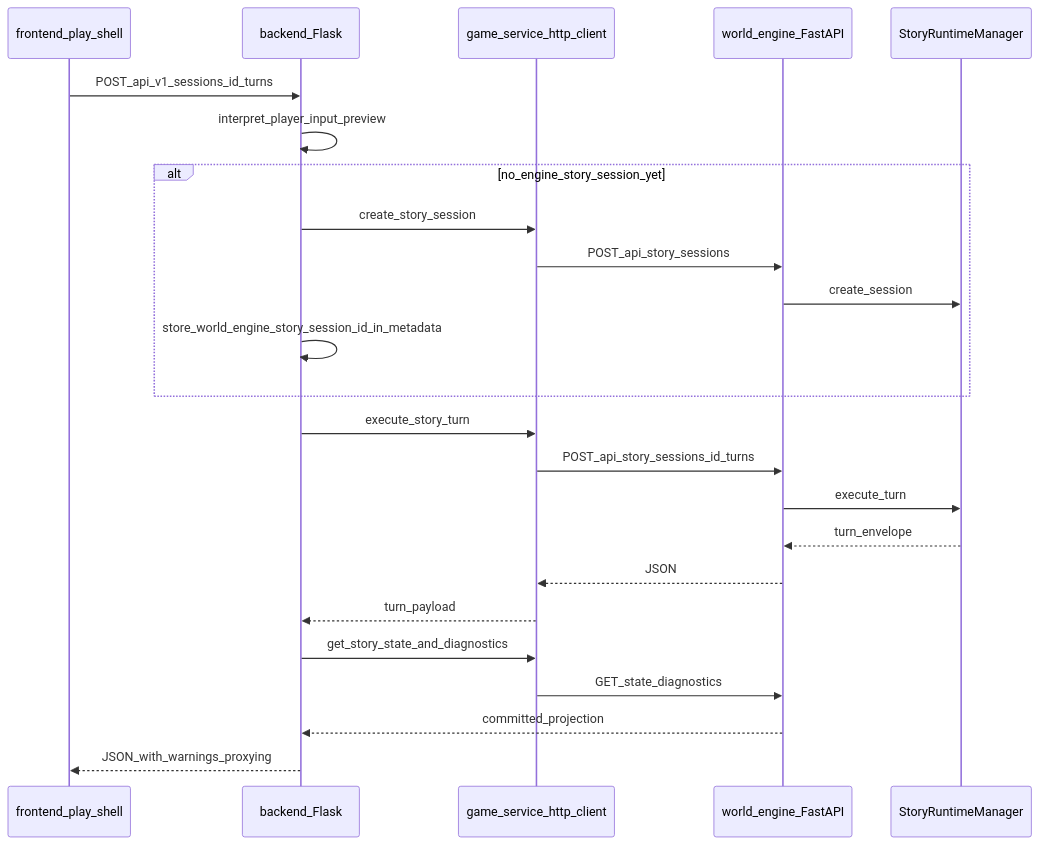
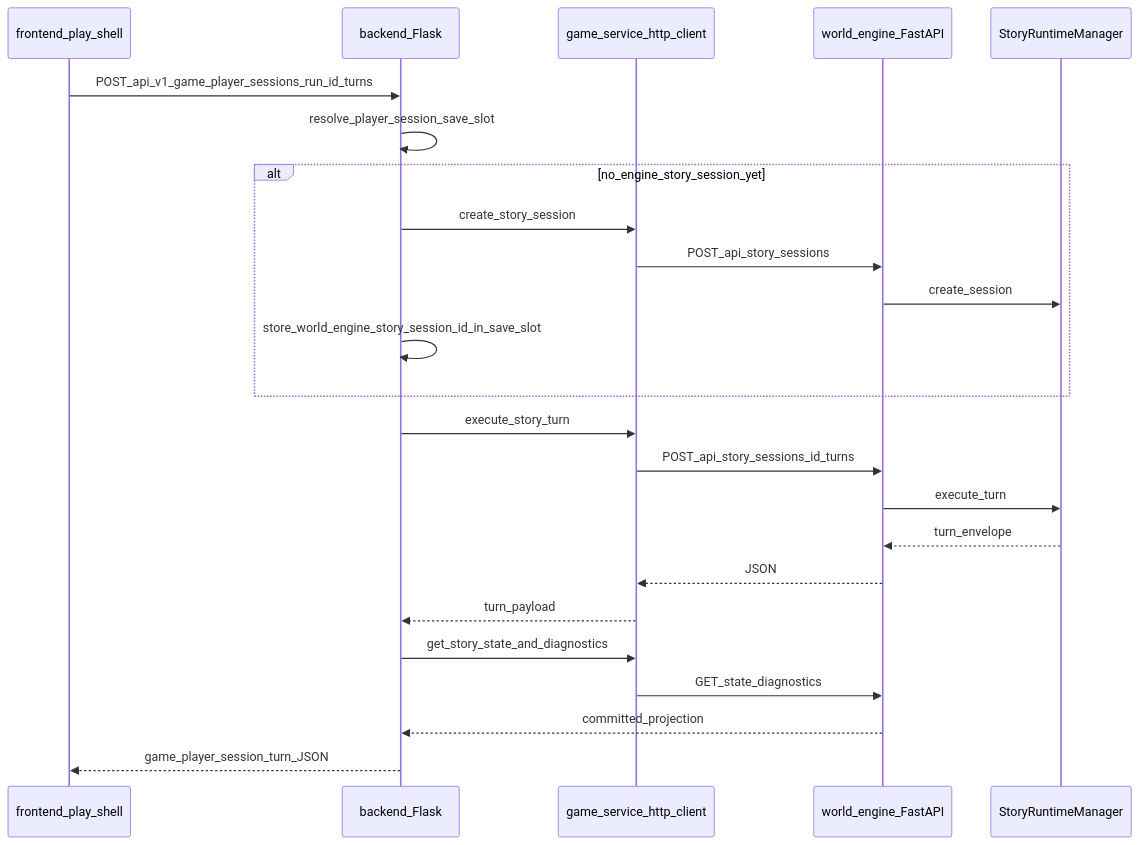
The fifth of 12 diagrams in docs/technical/runtime/world_engine_authoritative_runtime_and_system_interactions.md (Held0fTheWelt/BLACKVEIN), drawn with Mermaid before and after one commit. The commit also changed other lines of this file and 49 other files, not shown here.

````diff
--- a/docs/technical/runtime/world_engine_authoritative_runtime_and_system_interactions.md
+++ b/docs/technical/runtime/world_engine_authoritative_runtime_and_system_interactions.md
@@ -361,26 +361,26 @@
 ```mermaid
 sequenceDiagram
   participant FE as frontend_play_shell
   participant BE as backend_Flask
   participant GS as game_service_http_client
   participant WE as world_engine_FastAPI
   participant SM as StoryRuntimeManager
-  FE->>BE: POST_api_v1_sessions_id_turns
-  BE->>BE: interpret_player_input_preview
+  FE->>BE: POST_api_v1_game_player_sessions_run_id_turns
+  BE->>BE: resolve_player_session_save_slot
   alt no_engine_story_session_yet
     BE->>GS: create_story_session
     GS->>WE: POST_api_story_sessions
     WE->>SM: create_session
-    BE->>BE: store_world_engine_story_session_id_in_metadata
+    BE->>BE: store_world_engine_story_session_id_in_save_slot
   end
   BE->>GS: execute_story_turn
   GS->>WE: POST_api_story_sessions_id_turns
   WE->>SM: execute_turn
   SM-->>WE: turn_envelope
   WE-->>GS: JSON
   GS-->>BE: turn_payload
   BE->>GS: get_story_state_and_diagnostics
   GS->>WE: GET_state_diagnostics
   WE-->>BE: committed_projection
-  BE-->>FE: JSON_with_warnings_proxying
+  BE-->>FE: game_player_session_turn_JSON
 ```
````
